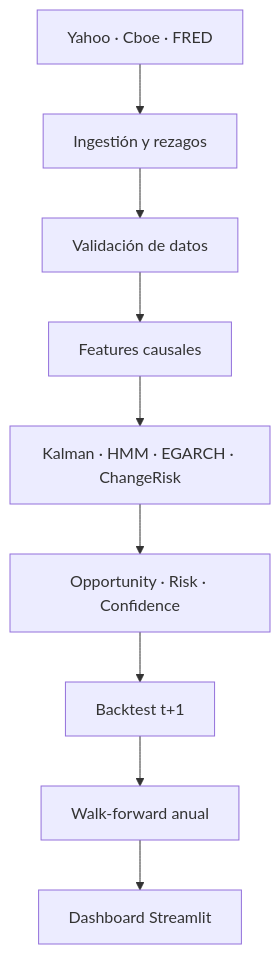
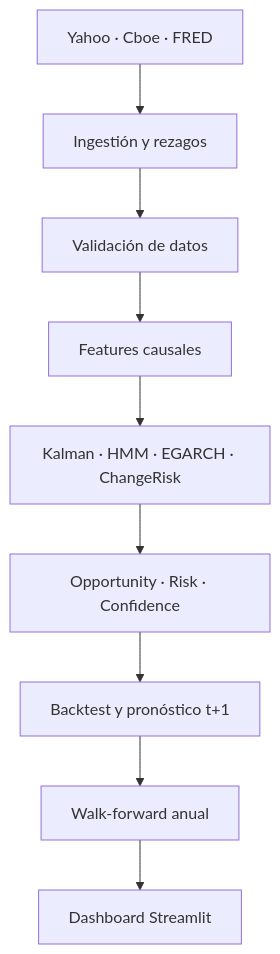
One commit to carlos-optimizacion/sp500-decision-lab changed the diagram in README.md. Above: the diagram before and after it, drawn with Mermaid. The commit also changed other lines of this file and 20 other files, not shown here.

````diff
--- a/README.md
+++ b/README.md
@@ -43,11 +46,11 @@
 ```mermaid
 flowchart TD
     A["Yahoo · Cboe · FRED"] --> B["Ingestión y rezagos"]
     B --> C["Validación de datos"]
     C --> D["Features causales"]
     D --> E["Kalman · HMM · EGARCH · ChangeRisk"]
     E --> F["Opportunity · Risk · Confidence"]
-    F --> G["Backtest t+1"]
+    F --> G["Backtest y pronóstico t+1"]
     G --> H["Walk-forward anual"]
     H --> I["Dashboard Streamlit"]
 ```
````
